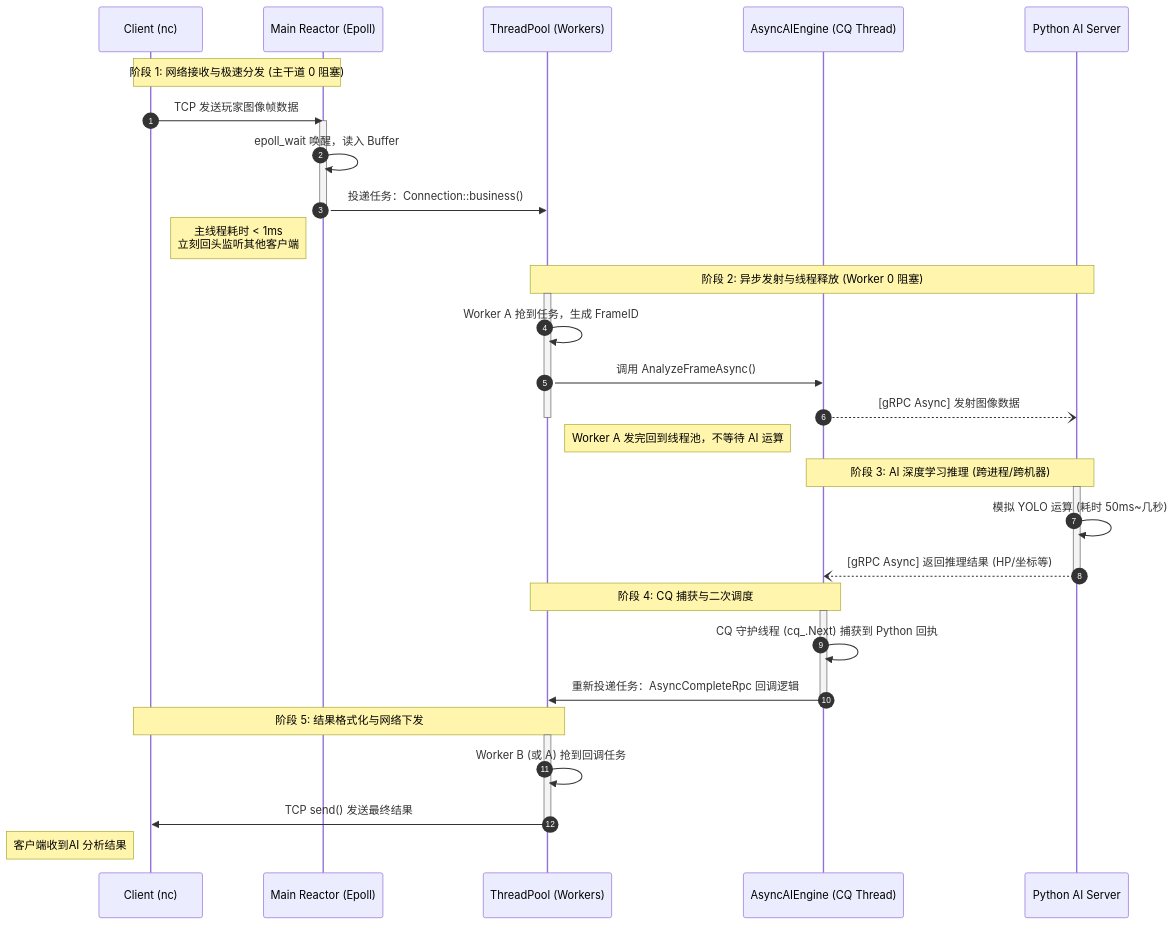
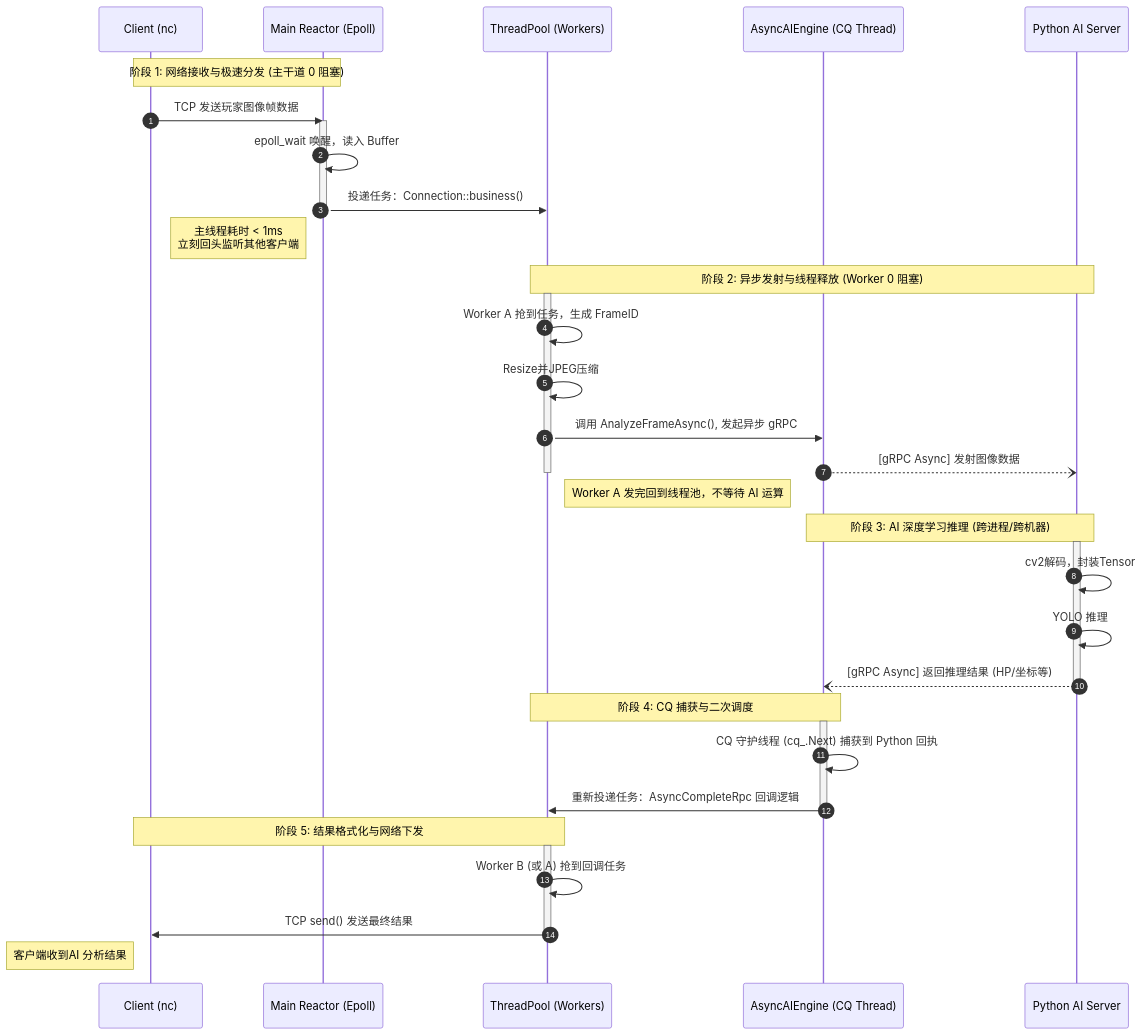
Before and after one commit to WinlorZZ/VisionReactor-CPP: the diagram in doc/Data Flow.md, drawn with Mermaid. The commit also changed 5 other files, not shown here.

Commit message:
【文档】 新增项目介绍文档和系统流程图，优化数据流描述

````diff
--- a/doc/Data Flow.md
+++ b/doc/Data Flow.md
@@ -1,46 +1,48 @@
 ```mermaid
 sequenceDiagram
     autonumber
     
     %% 定义参与者，按照真实的物理边界排列
     participant C as  Client (nc)
     participant M as  Main Reactor (Epoll)
     participant TP as  ThreadPool (Workers)
     participant AI as  AsyncAIEngine (CQ Thread)
     participant Py as  Python AI Server
 
     Note over C, M: 阶段 1: 网络接收与极速分发 (主干道 0 阻塞)
     C->>M: TCP 发送玩家图像帧数据
     activate M
     M->>M: epoll_wait 唤醒，读入 Buffer
     M->>TP: 投递任务：Connection::business()
     deactivate M
     Note left of M: 主线程耗时 < 1ms<br/>立刻回头监听其他客户端
 
     Note over TP, Py: 阶段 2: 异步发射与线程释放 (Worker 0 阻塞)
     activate TP
     TP->>TP: Worker A 抢到任务，生成 FrameID
-    TP->>AI: 调用 AnalyzeFrameAsync()
+    TP->>TP: Resize并JPEG压缩
+    TP->>AI: 调用 AnalyzeFrameAsync(), 发起异步 gRPC
     AI--)Py: [gRPC Async] 发射图像数据
     deactivate TP
     Note right of TP: Worker A 发完回到线程池，不等待 AI 运算
 
     Note over AI, Py: 阶段 3: AI 深度学习推理 (跨进程/跨机器)
     activate Py
-    Py->>Py: 模拟 YOLO 运算 (耗时 50ms~几秒)
+    Py->>Py: cv2解码，封装Tensor
+    Py->>Py: YOLO 推理 
     Py--)AI: [gRPC Async] 返回推理结果 (HP/坐标等)
     deactivate Py
 
     Note over TP, AI: 阶段 4: CQ 捕获与二次调度
     activate AI
     AI->>AI: CQ 守护线程 (cq_.Next) 捕获到 Python 回执
     AI->>TP: 重新投递任务：AsyncCompleteRpc 回调逻辑
     deactivate AI
 
     Note over C, TP: 阶段 5: 结果格式化与网络下发
     activate TP
     TP->>TP: Worker B (或 A) 抢到回调任务
     TP->>C: TCP send() 发送最终结果
     deactivate TP
     Note left of C: 客户端收到AI 分析结果
 ```
````
